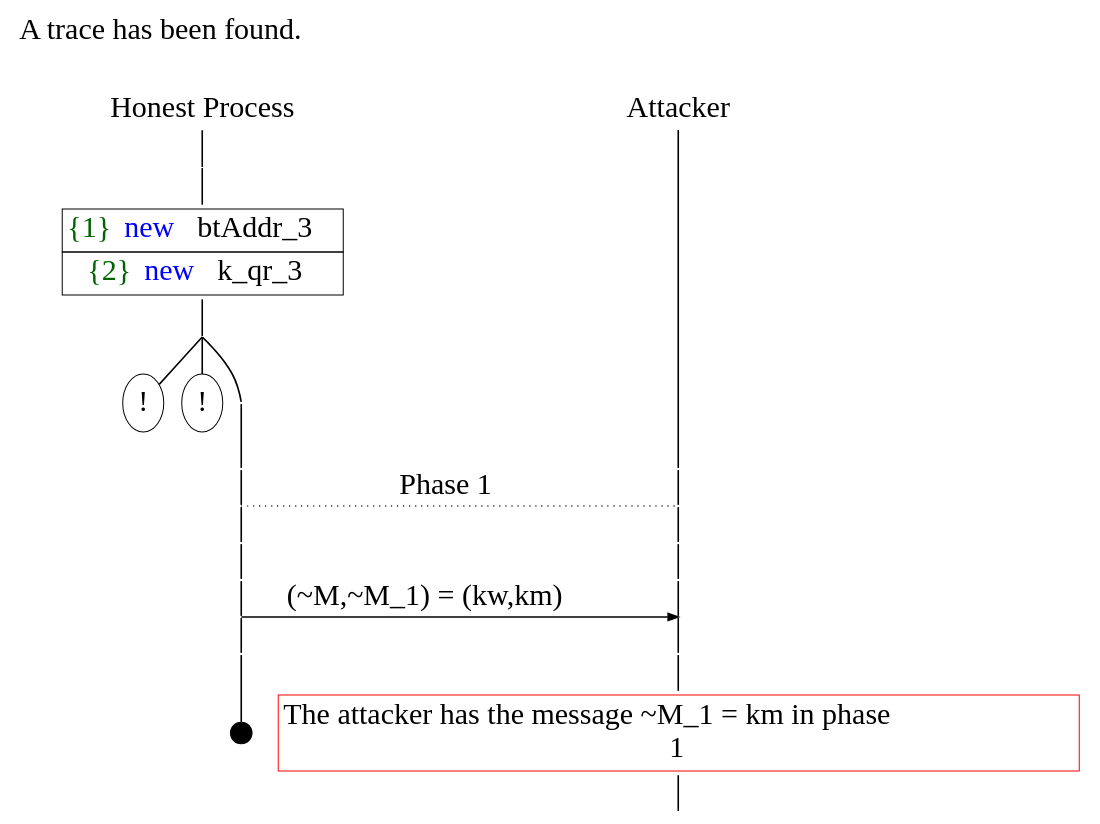
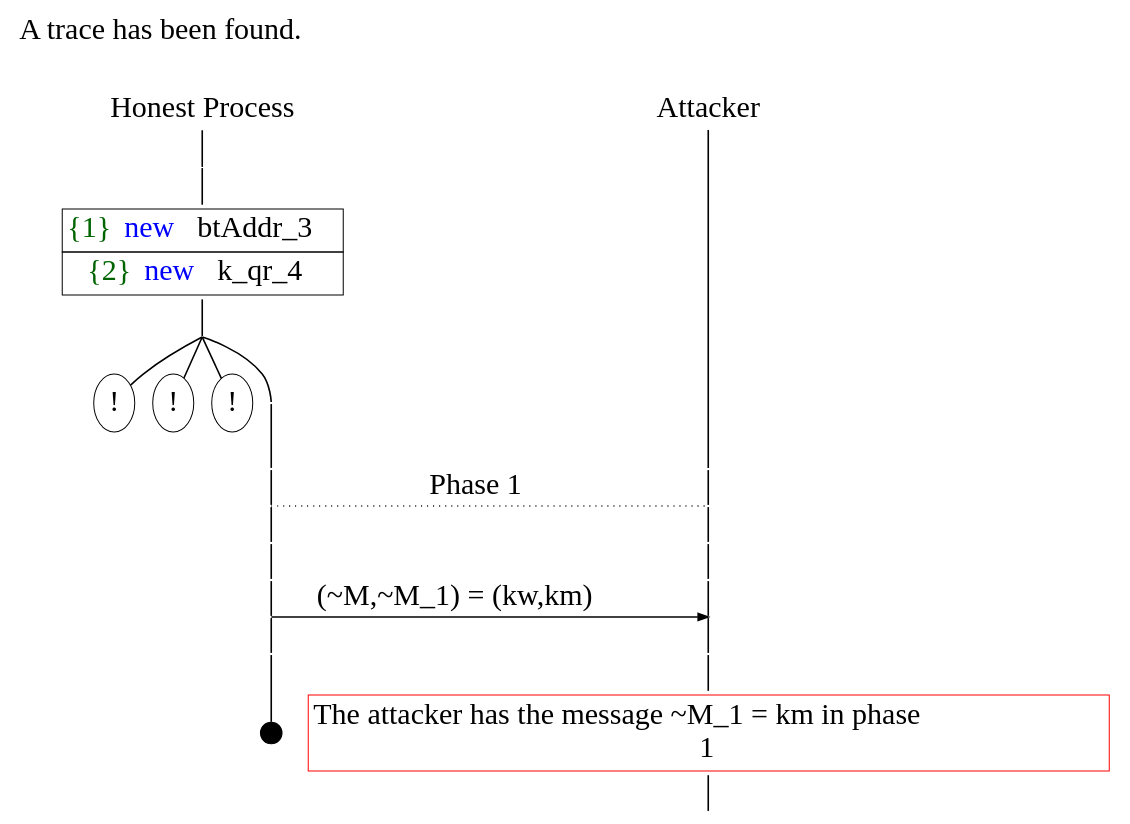
The diagram in attacks/wd/trace2.dot (Lavelliane/proverif), drawn with Graphviz before and after one commit. The commit also changed 12 other files, not shown here.

```diff
--- a/attacks/wd/trace2.dot
+++ b/attacks/wd/trace2.dot
@@ -1,48 +1,50 @@
 digraph {
 graph [ordering = out]
 edge [arrowhead = none, penwidth = 1.6, fontsize = 30]
 node [shape = point, width = 0, height = 0, fontsize = 30]
 Trace [label = <A trace has been found.<br/>
 >, shape = plaintext]
 P0__0 [label = "Honest Process", shape = plaintext]
 P__0 [label = "Attacker", shape = plaintext]
 Trace -> P0__0 [label = "", style = invisible, weight = 100]{rank = same; P0__0 P__0}
 P0__0 -> P0__1 [label = <>, weight = 100]
 P0__1 -> P0__2 [label = <>, weight = 100]
-P0__2 [shape = plaintext, label = <<TABLE BORDER="0" CELLBORDER="1" CELLSPACING="0" CELLPADDING="4"> <TR><TD><FONT COLOR="darkgreen">{1}</FONT><FONT COLOR="blue">new </FONT>btAddr_3</TD></TR><TR><TD><FONT COLOR="darkgreen">{2}</FONT><FONT COLOR="blue">new </FONT>k_qr_3</TD></TR></TABLE>>]
+P0__2 [shape = plaintext, label = <<TABLE BORDER="0" CELLBORDER="1" CELLSPACING="0" CELLPADDING="4"> <TR><TD><FONT COLOR="darkgreen">{1}</FONT><FONT COLOR="blue">new </FONT>btAddr_3</TD></TR><TR><TD><FONT COLOR="darkgreen">{2}</FONT><FONT COLOR="blue">new </FONT>k_qr_4</TD></TR></TABLE>>]
 P0__2 -> P0__3 [label = <>, weight = 100]
 /*RPar */
+P0__3 -> P0_3__3 [label = <>]
 P0__3 -> P0_2__3 [label = <>]
 P0__3 -> P0_1__3 [label = <>]
 P0__3 -> P0_0__3 [label = <>]
 P0__3 [label = "", fixedsize = false, width = 0, height = 0, shape = none]
-{rank = same; P0_0__3 P0_1__3 P0_2__3}
+{rank = same; P0_0__3 P0_1__3 P0_2__3 P0_3__3}
 P0_1__3 [label = "!", shape = ellipse]
 P0_2__3 [label = "!", shape = ellipse]
+P0_3__3 [label = "!", shape = ellipse]
 P0_0__3 -> P0_0__4 [label = <>, weight = 100]
 P__0 -> P__1 [label = <>, weight = 100]
 {rank = same; P__1 P0_0__4}
 P0_0__4 -> P0_0__5 [label = <>, weight = 100]
 P__1 -> P__2 [label = <>, weight = 100]
 {rank = same; P__2 P0_0__5}
 P0_0__5 -> P__2 [label = <Phase 1>, style = dotted]
 P0_0__5 -> P0_0__6 [label = <>, weight = 100]
 P__2 -> P__3 [label = <>, weight = 100]
 {rank = same; P__3 P0_0__6}
 P0_0__6 -> P0_0__7 [label = <>, weight = 100]
 P__3 -> P__4 [label = <>, weight = 100]
 {rank = same; P__4 P0_0__7}
 P0_0__7 -> P0_0__8 [label = <>, weight = 100]
 P__4 -> P__5 [label = <>, weight = 100]
 {rank = same; P__5 P0_0__8}
 P0_0__8 -> P__5 [label = <(~M,~M_1) = (kw,km)>, arrowhead = normal]
 P0_0__8 -> P0_0__9 [label = <>, weight = 100]
 P__5 -> P__6 [label = <>, weight = 100]
 {rank = same; P__6 P0_0__9}
 P0_0__10 [label = "", width = 0.3, height = 0.3]
 P0_0__9 -> P0_0__10 [label = <>, weight = 100]
 P__6 -> P__7 [label = <>, weight = 100]
 P__7 [color = red, shape = plaintext, label = <<TABLE BORDER="0" CELLBORDER="1" CELLSPACING="0" CELLPADDING="4"> <TR><TD>The attacker has the message ~M_1 = km in phase<br/>
 1</TD></TR></TABLE>>]
 P__7 -> P__8 [label = <>, weight = 100]
 }
```
